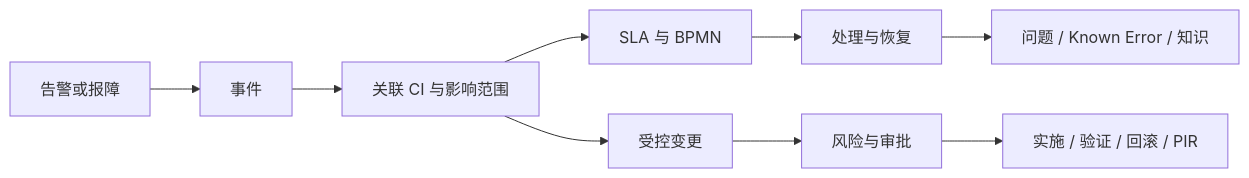
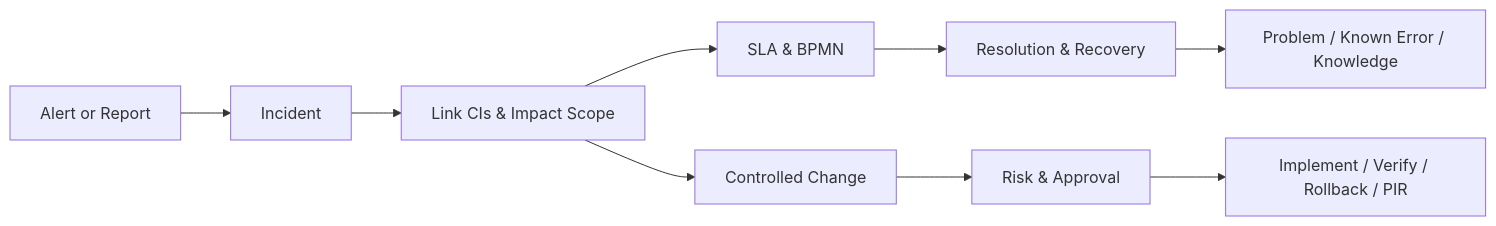
One commit to heidsoft/itsm changed the first of 2 diagrams in README.md. Above: the diagram before and after it, drawn with Mermaid. The commit also changed other lines of this file and 836 other files, not shown here.

````diff
--- a/README.md
+++ b/README.md
@@ -318,11 +316,11 @@
 ```mermaid
 flowchart LR
-    A[告警或报障] --> B[事件]
-    B --> C[关联 CI 与影响范围]
-    C --> D[SLA 与 BPMN]
-    D --> E[处理与恢复]
-    E --> F[问题 / Known Error / 知识]
-    C --> G[受控变更]
-    G --> H[风险与审批]
-    H --> I[实施 / 验证 / 回滚 / PIR]
+    A[Alert or Report] --> B[Incident]
+    B --> C[Link CIs & Impact Scope]
+    C --> D[SLA & BPMN]
+    D --> E[Resolution & Recovery]
+    E --> F[Problem / Known Error / Knowledge]
+    C --> G[Controlled Change]
+    G --> H[Risk & Approval]
+    H --> I[Implement / Verify / Rollback / PIR]
 ```
````
